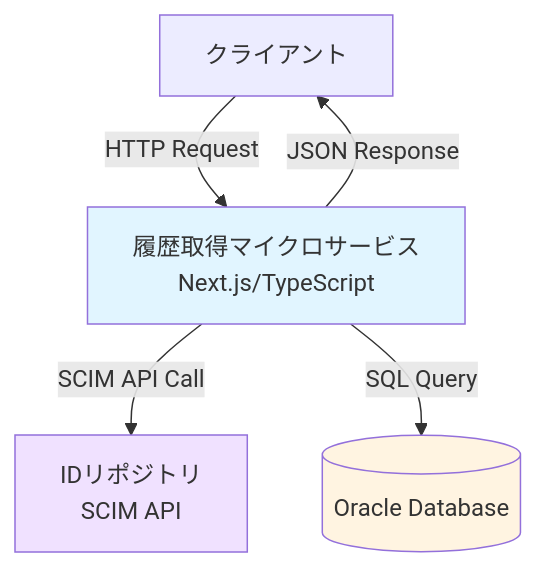
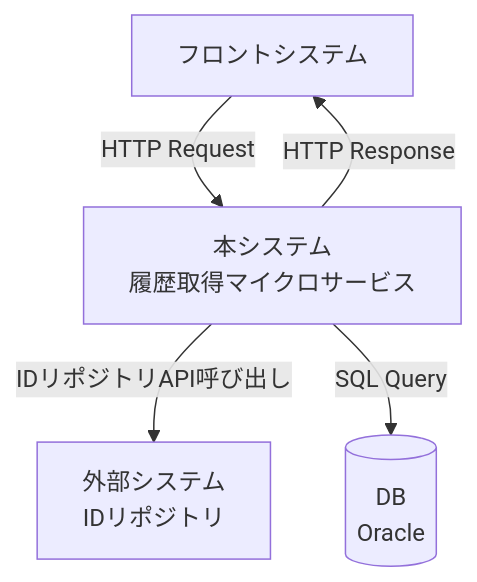
The first of 7 diagrams in docs/基本設計/基本設計書.md (Moriita/Documents), drawn with Mermaid before and after one commit. The commit also changed other lines of this file and 1 other file, not shown here.

````diff
--- a/docs/基本設計/基本設計書.md
+++ b/docs/基本設計/基本設計書.md
@@ -11,16 +10,12 @@
 ```mermaid
 graph TB
-    Client[クライアント]
-    MS[履歴取得マイクロサービス<br/>Next.js/TypeScript]
-    IDRepo[IDリポジトリ<br/>SCIM API]
-    DB[(Oracle Database)]
+    Client[フロントシステム]
+    API[本システム<br/>履歴取得マイクロサービス]
+    IDRepo[外部システム<br/>IDリポジトリ]
+    DB[(DB<br/>Oracle)]
     
-    Client -->|HTTP Request| MS
-    MS -->|SCIM API Call| IDRepo
-    MS -->|SQL Query| DB
-    MS -->|JSON Response| Client
-    
-    style MS fill:#e1f5ff
-    style DB fill:#fff4e1
-    style IDRepo fill:#f0e1ff
+    Client -->|HTTP Request| API
+    API -->|IDリポジトリAPI呼び出し| IDRepo
+    API -->|SQL Query| DB
+    API -->|HTTP Response| Client
 ```
````
